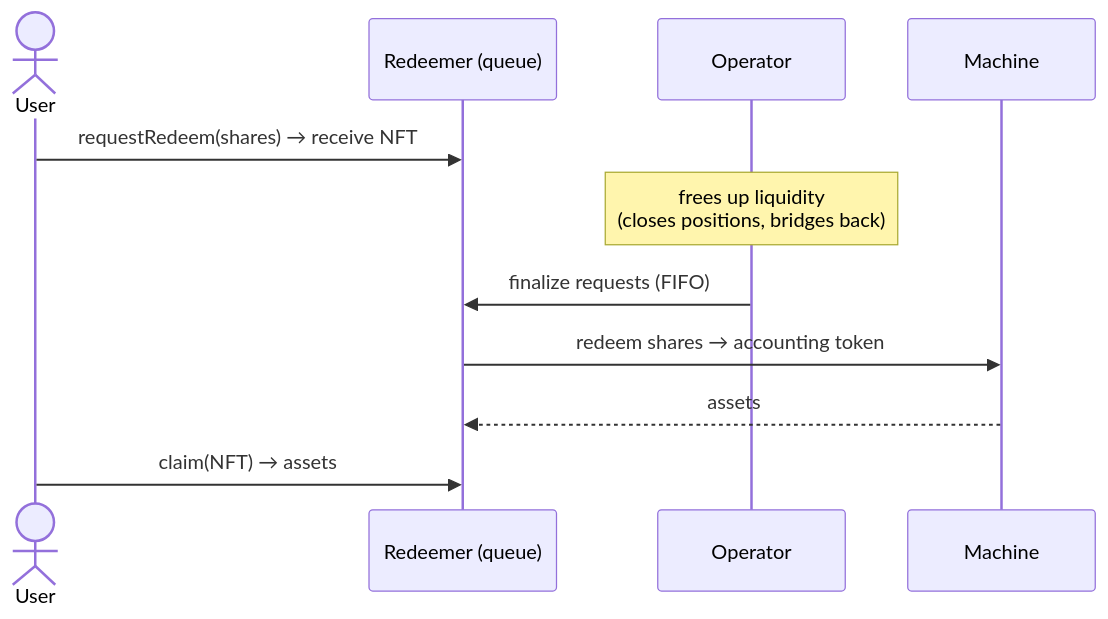
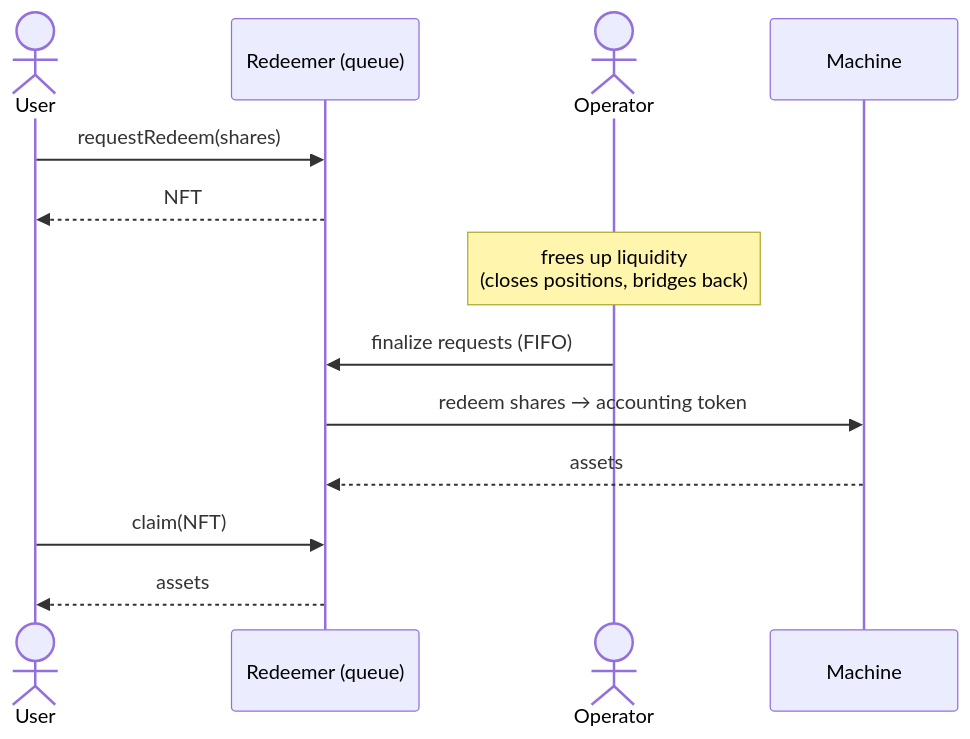
The fourth of 4 diagrams in docs/concepts/lifecycle.md (MakinaHQ/docs), drawn with Mermaid before and after one commit. The commit also changed other lines of this file and 5 other files, not shown here.

````diff
--- a/docs/concepts/lifecycle.md
+++ b/docs/concepts/lifecycle.md
@@ -109,13 +109,15 @@
 ```mermaid
 sequenceDiagram
     actor User
     participant R as Redeemer (queue)
-    participant O as Operator
+    actor O as Operator
     participant M as Machine
-    User->>R: requestRedeem(shares) → receive NFT
+    User->>R: requestRedeem(shares)
+    R-->>User: NFT
     Note over O: frees up liquidity<br/>(closes positions, bridges back)
     O->>R: finalize requests (FIFO)
     R->>M: redeem shares → accounting token
     M-->>R: assets
-    User->>R: claim(NFT) → assets
+    User->>R: claim(NFT)
+    R-->>User: assets
 ```
````
